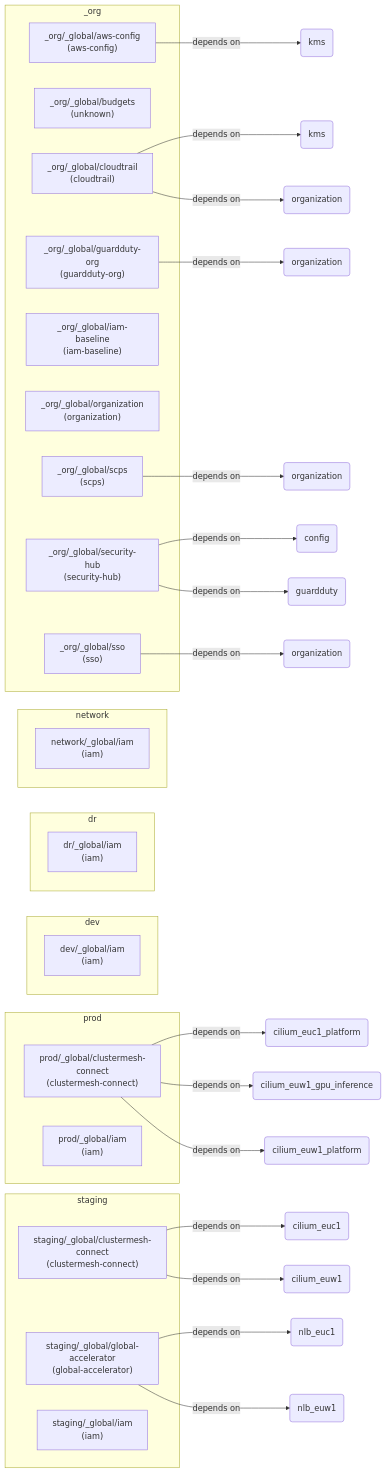
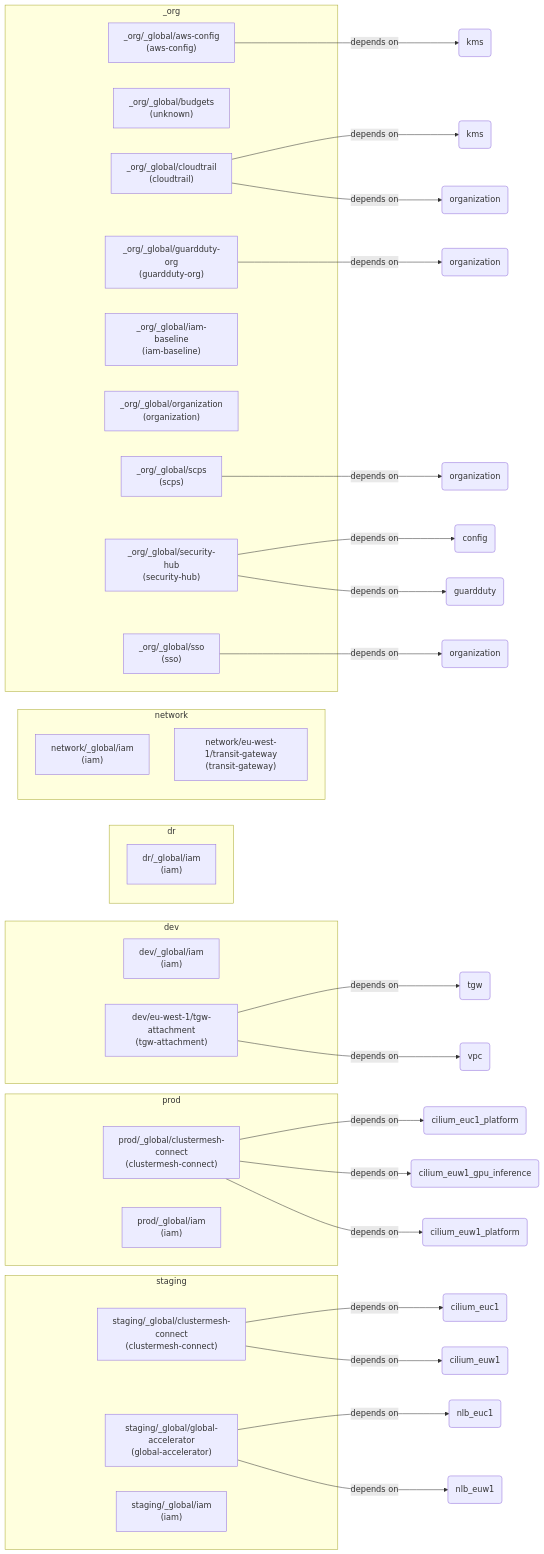
Before and after one commit to 100rd/platform-design: the diagram in docs/diagrams/overall.md, drawn with Mermaid. The commit also changed 2 other files, not shown here.

Commit message:
docs: regenerate infrastructure diagrams

````diff
--- a/docs/diagrams/overall.md
+++ b/docs/diagrams/overall.md
@@ -7,47 +7,51 @@
 ```mermaid
 graph LR
   subgraph _org["_org"]
     _org__global_aws_config["_org/_global/aws-config<br/>(aws-config)"]
     _org__global_budgets["_org/_global/budgets<br/>(unknown)"]
     _org__global_cloudtrail["_org/_global/cloudtrail<br/>(cloudtrail)"]
     _org__global_guardduty_org["_org/_global/guardduty-org<br/>(guardduty-org)"]
     _org__global_iam_baseline["_org/_global/iam-baseline<br/>(iam-baseline)"]
     _org__global_organization["_org/_global/organization<br/>(organization)"]
     _org__global_scps["_org/_global/scps<br/>(scps)"]
     _org__global_security_hub["_org/_global/security-hub<br/>(security-hub)"]
     _org__global_sso["_org/_global/sso<br/>(sso)"]
   end
   subgraph dev["dev"]
     dev__global_iam["dev/_global/iam<br/>(iam)"]
+    dev_eu_west_1_tgw_attachment["dev/eu-west-1/tgw-attachment<br/>(tgw-attachment)"]
   end
   subgraph dr["dr"]
     dr__global_iam["dr/_global/iam<br/>(iam)"]
   end
   subgraph network["network"]
     network__global_iam["network/_global/iam<br/>(iam)"]
+    network_eu_west_1_transit_gateway["network/eu-west-1/transit-gateway<br/>(transit-gateway)"]
   end
   subgraph prod["prod"]
     prod__global_clustermesh_connect["prod/_global/clustermesh-connect<br/>(clustermesh-connect)"]
     prod__global_iam["prod/_global/iam<br/>(iam)"]
   end
   subgraph staging["staging"]
     staging__global_clustermesh_connect["staging/_global/clustermesh-connect<br/>(clustermesh-connect)"]
     staging__global_global_accelerator["staging/_global/global-accelerator<br/>(global-accelerator)"]
     staging__global_iam["staging/_global/iam<br/>(iam)"]
   end
   _org__global_aws_config -->|depends on| _org__global_aws_config__dep__kms(kms)
   _org__global_cloudtrail -->|depends on| _org__global_cloudtrail__dep__kms(kms)
   _org__global_cloudtrail -->|depends on| _org__global_cloudtrail__dep__organization(organization)
   _org__global_guardduty_org -->|depends on| _org__global_guardduty_org__dep__organization(organization)
   _org__global_scps -->|depends on| _org__global_scps__dep__organization(organization)
   _org__global_security_hub -->|depends on| _org__global_security_hub__dep__config(config)
   _org__global_security_hub -->|depends on| _org__global_security_hub__dep__guardduty(guardduty)
   _org__global_sso -->|depends on| _org__global_sso__dep__organization(organization)
+  dev_eu_west_1_tgw_attachment -->|depends on| dev_eu_west_1_tgw_attachment__dep__tgw(tgw)
+  dev_eu_west_1_tgw_attachment -->|depends on| dev_eu_west_1_tgw_attachment__dep__vpc(vpc)
   prod__global_clustermesh_connect -->|depends on| prod__global_clustermesh_connect__dep__cilium_euc1_platform(cilium_euc1_platform)
   prod__global_clustermesh_connect -->|depends on| prod__global_clustermesh_connect__dep__cilium_euw1_gpu_inference(cilium_euw1_gpu_inference)
   prod__global_clustermesh_connect -->|depends on| prod__global_clustermesh_connect__dep__cilium_euw1_platform(cilium_euw1_platform)
   staging__global_clustermesh_connect -->|depends on| staging__global_clustermesh_connect__dep__cilium_euc1(cilium_euc1)
   staging__global_clustermesh_connect -->|depends on| staging__global_clustermesh_connect__dep__cilium_euw1(cilium_euw1)
   staging__global_global_accelerator -->|depends on| staging__global_global_accelerator__dep__nlb_euc1(nlb_euc1)
   staging__global_global_accelerator -->|depends on| staging__global_global_accelerator__dep__nlb_euw1(nlb_euw1)
 ```
````
